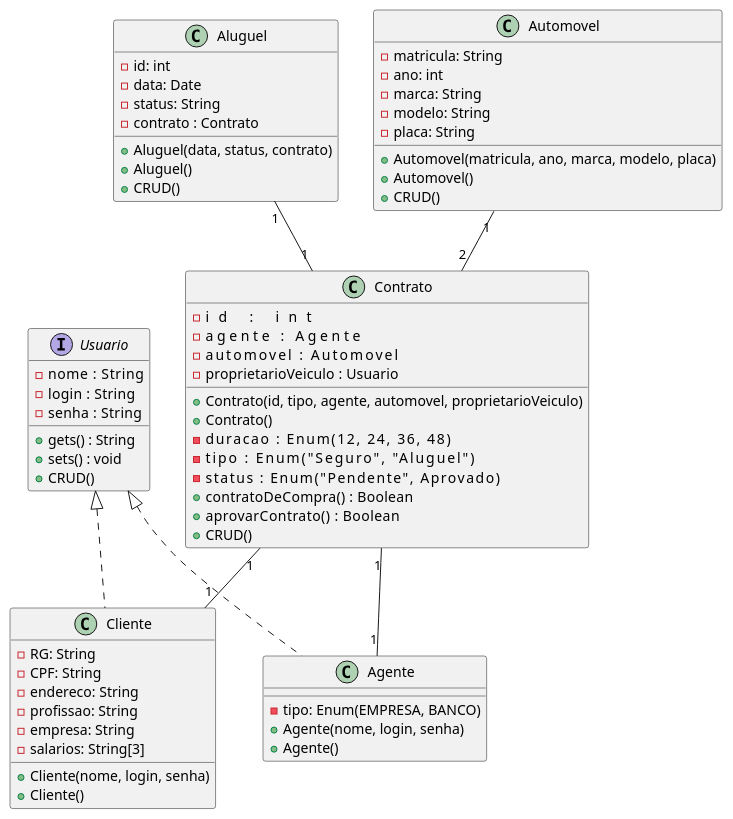
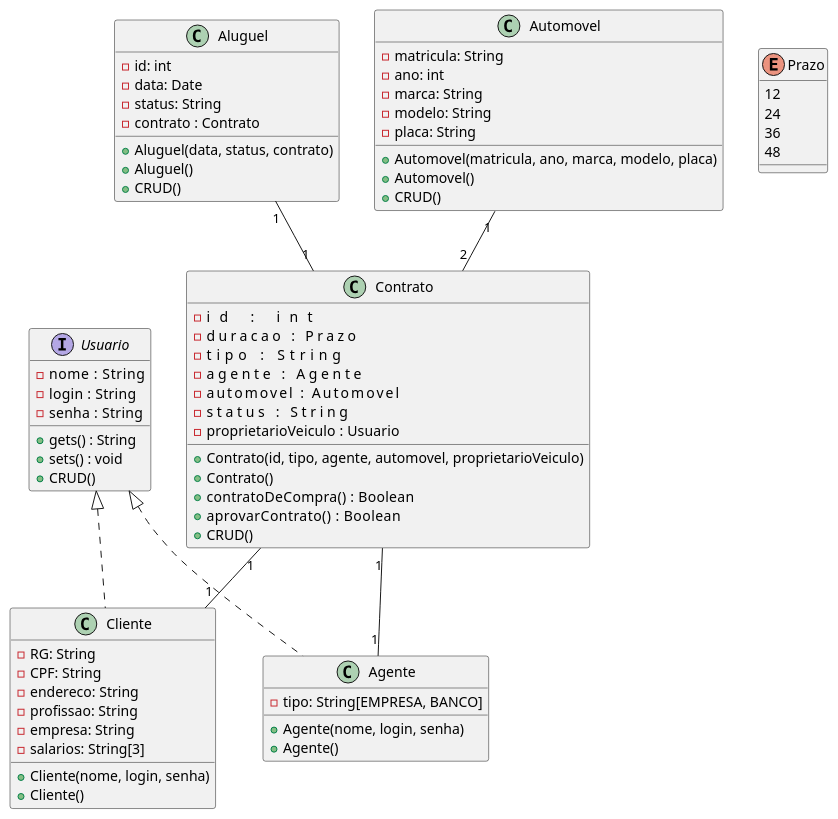
One commit to Artureba/Lab02_LDS changed the diagram in Lab02-Desenv-Software/projeto/Diagramas/Diagrama de Classes/Diagrama_de_Classe.puml. Above: the diagram before and after it, drawn with PlantUML.

Commit message:
Atualização Diagrama de Classes

```diff
--- a/Lab02-Desenv-Software/projeto/Diagramas/Diagrama de Classes/Diagrama_de_Classe.puml
+++ b/Lab02-Desenv-Software/projeto/Diagramas/Diagrama de Classes/Diagrama_de_Classe.puml
@@ -1,73 +1,80 @@
 @startuml Sistema de Aluguel de Carros
 
 interface Usuario{
     -nome   : String
     -login  : String
     -senha  : String
     +gets() : String
     +sets() : void
     +CRUD()
 }
 
 class Cliente implements Usuario {
     +Cliente(nome, login, senha)
     +Cliente()
     -RG: String
     -CPF: String
     -endereco: String
     -profissao: String
     -empresa: String
     -salarios: String[3]
 }
 
 
 class Aluguel {
     +Aluguel(data, status, contrato)
     +Aluguel()
     -id: int
     -data: Date
     -status: String
     -contrato : Contrato
 
     +CRUD()
 }
 
+enum Prazo {
+    12
+    24
+    36
+    48
+}
+
 class Agente implements Usuario{
-   -tipo: Enum(EMPRESA, BANCO)
+   -tipo: String[EMPRESA, BANCO]
    +Agente(nome, login, senha)
    +Agente()
 }
 
 class Automovel {
     +Automovel(matricula, ano, marca, modelo, placa)
     +Automovel()
     -matricula: String
     -ano: int
     -marca: String
     -modelo: String
     -placa: String
     +CRUD()
 }
 
 class Contrato {
     +Contrato(id, tipo, agente, automovel, proprietarioVeiculo)
     +Contrato()
     -id                   : int
-    -duracao              : Enum(12, 24, 36, 48)
-    -tipo                 : Enum("Seguro", "Aluguel")
+    -duracao              : Prazo
+    -tipo                 : String
     -agente               : Agente
     -automovel            : Automovel
-    -status               : Enum("Pendente", Aprovado)
+    -status               : String
     -proprietarioVeiculo  : Usuario
     +contratoDeCompra()   : Boolean
     +aprovarContrato()    : Boolean
     +CRUD()
 }
 
 
 Contrato  "1" -- "1" Agente
 Contrato  "1" -- "1" Cliente
 Automovel "1" -- "2" Contrato
 Aluguel   "1" -- "1" Contrato
  
 @enduml
```
